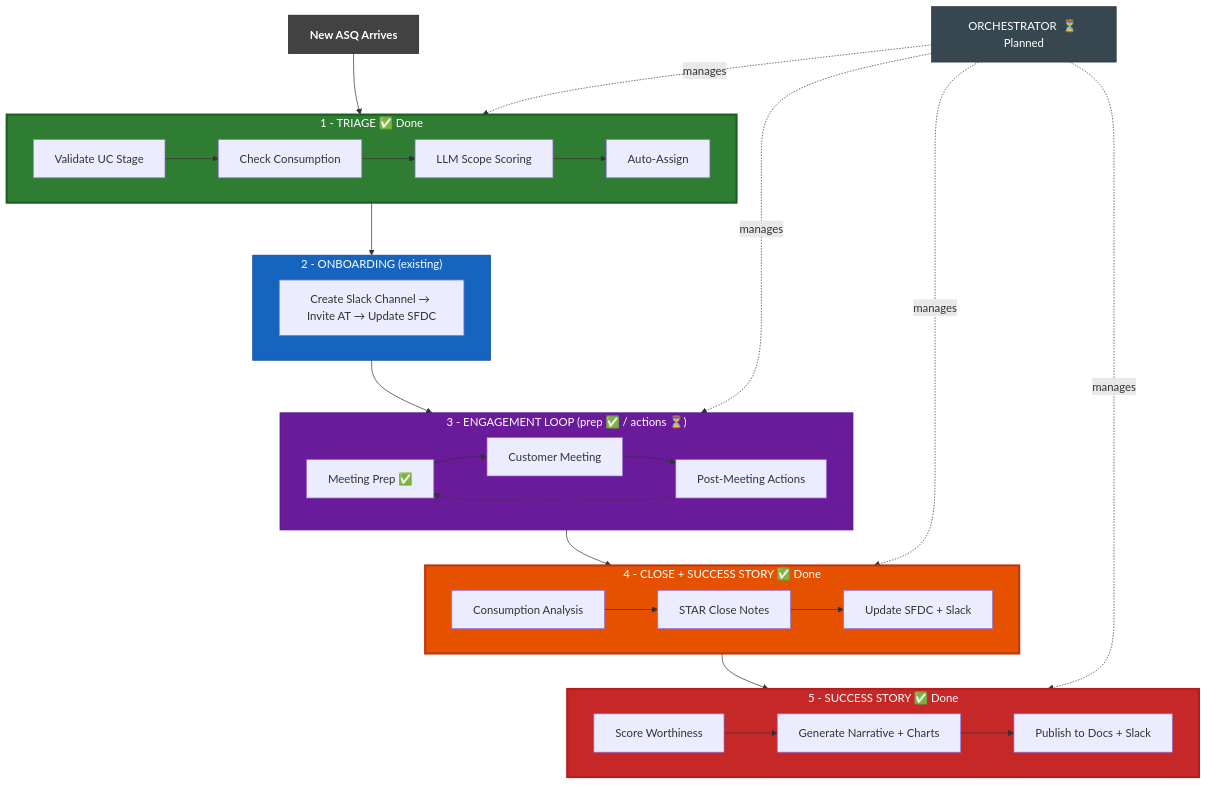
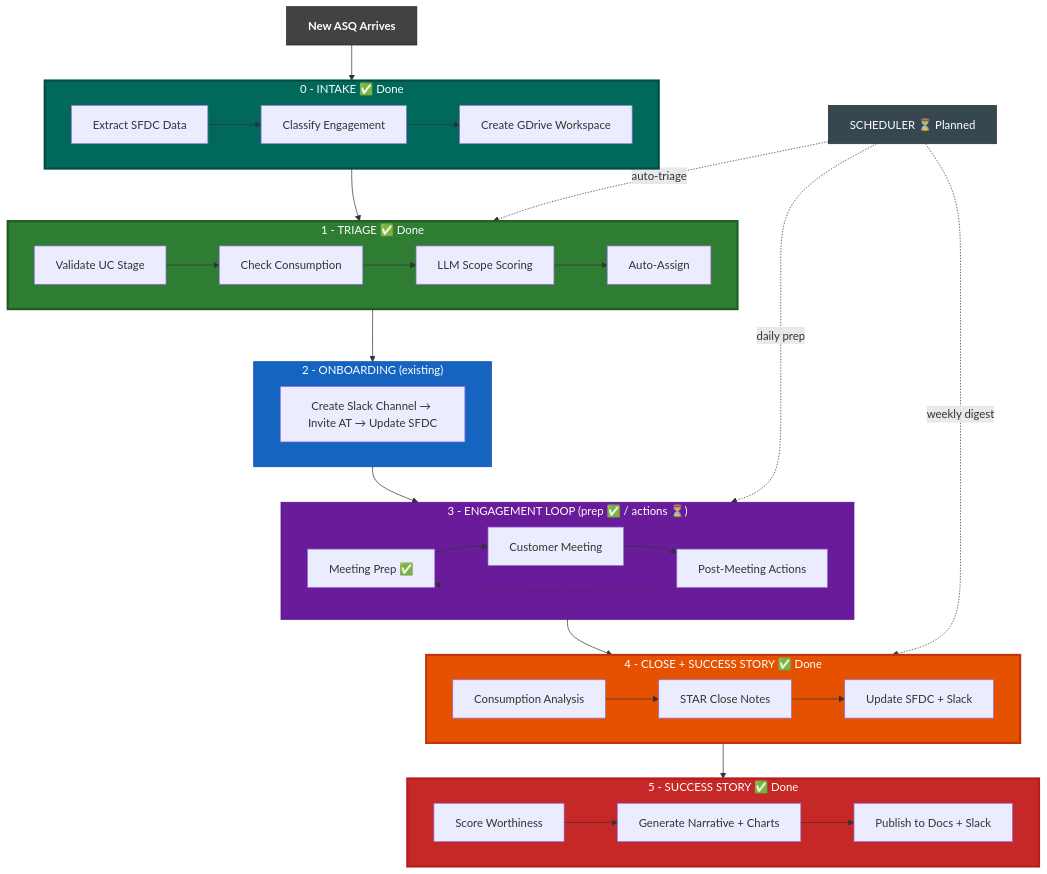
The diagram in README.md (shdzhang/emea-sts-productivity-hackathon), drawn with Mermaid before and after one commit. The commit also changed other lines of this file and 1 other file, not shown here.

First line of the commit message:
Add asq-intake skill (Idea 6) and rename orchestrator to scheduler

````diff
--- a/README.md
+++ b/README.md
@@ -13,51 +13,58 @@
 ```mermaid
 graph TD
-    A["<b>New ASQ Arrives</b>"] --> B
+    A["<b>New ASQ Arrives</b>"] --> A1
+
+    subgraph A1["0 - INTAKE  ✅ Done"]
+        A1a["Extract SFDC Data"] --> A1b["Classify Engagement"]
+        A1b --> A1c["Create GDrive Workspace"]
+    end
+
+    A1 --> B
 
     subgraph B["1 - TRIAGE  ✅ Done"]
         B1["Validate UC Stage"] --> B2["Check Consumption"]
         B2 --> B3["LLM Scope Scoring"]
         B3 --> B4["Auto-Assign"]
     end
 
     B --> C
 
     subgraph C["2 - ONBOARDING  (existing)"]
         C1["Create Slack Channel → Invite AT → Update SFDC"]
     end
 
     C --> D
 
     subgraph D["3 - ENGAGEMENT LOOP  (prep ✅ / actions ⏳)"]
         D1["Meeting Prep ✅"] --> D2["Customer Meeting"]
         D2 --> D3["Post-Meeting Actions"]
         D3 -.-> D1
     end
 
     D --> E
 
     subgraph E["4 - CLOSE + SUCCESS STORY  ✅ Done"]
         E1["Consumption Analysis"] --> E2["STAR Close Notes"]
         E2 --> E3["Update SFDC + Slack"]
     end
 
     E --> F
 
     subgraph F["5 - SUCCESS STORY  ✅ Done"]
         F1["Score Worthiness"] --> F2["Generate Narrative + Charts"]
         F2 --> F3["Publish to Docs + Slack"]
     end
 
-    G["ORCHESTRATOR  ⏳ Planned"] -.->|"manages"| B
-    G -.->|"manages"| D
-    G -.->|"manages"| E
-    G -.->|"manages"| F
+    G["SCHEDULER  ⏳ Planned"] -.->|"auto-triage"| B
+    G -.->|"daily prep"| D
+    G -.->|"weekly digest"| E
 
+    style A1 fill:#00695c,color:#fff,stroke:#004d40,stroke-width:3px
     style B fill:#2e7d32,color:#fff,stroke:#1b5e20,stroke-width:3px
     style C fill:#1565c0,color:#fff,stroke:#0d47a1
     style D fill:#6a1b9a,color:#fff,stroke:#4a148c
     style E fill:#e65100,color:#fff,stroke:#bf360c,stroke-width:3px
     style F fill:#c62828,color:#fff,stroke:#b71c1c,stroke-width:3px
     style G fill:#37474f,color:#fff,stroke:#263238
     style A fill:#424242,color:#fff,stroke:#212121
 ```
````
